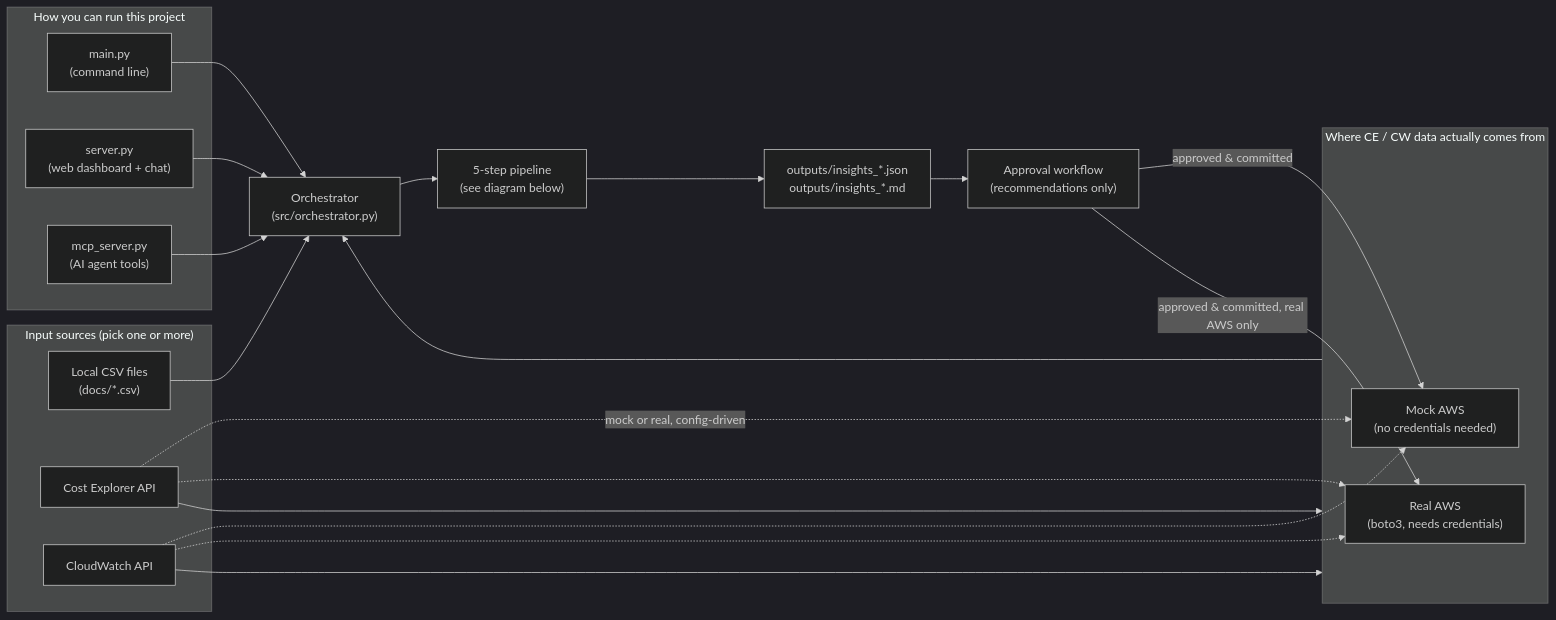
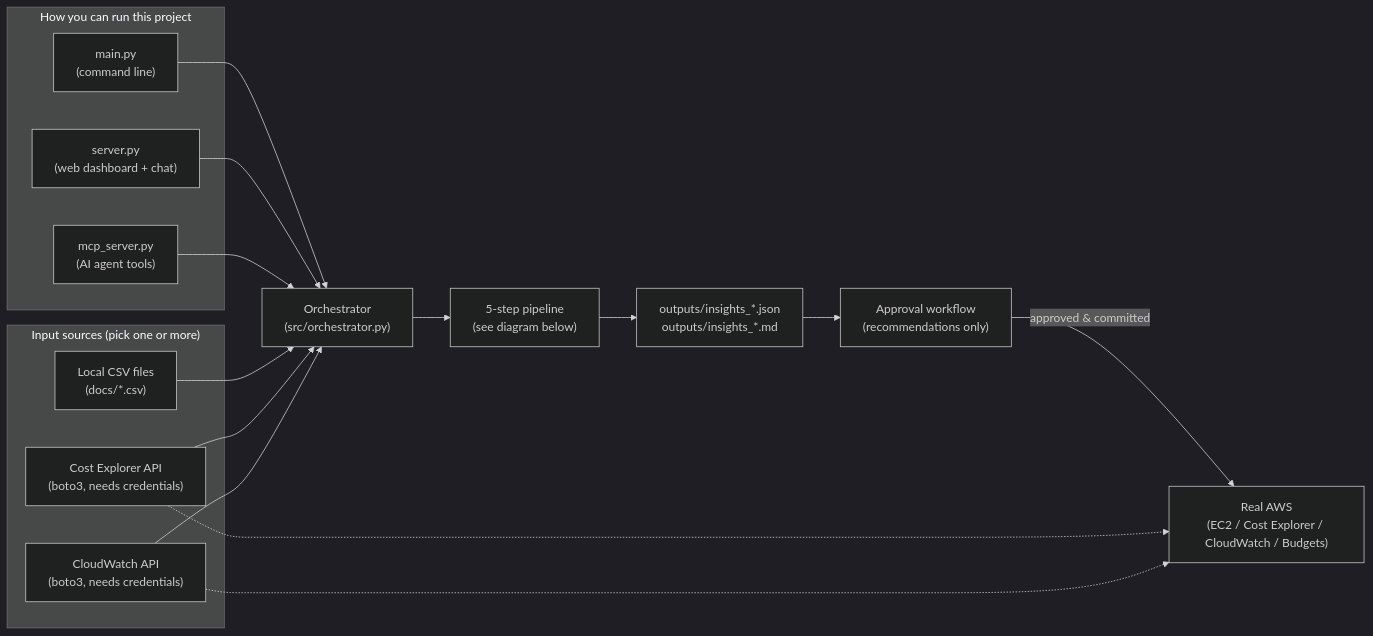
The first of 3 diagrams in README.md (kuldeepjeengar123/cloud-cost-optimization), drawn with Mermaid (dark theme) before and after one commit. The commit also changed other lines of this file and 30 other files, not shown here.

Commit message:
changes and added aws api for instance

````diff
--- a/README.md
+++ b/README.md
@@ -83,40 +81,33 @@
 ```mermaid
 flowchart LR
     subgraph EntryPoints["How you can run this project"]
         CLI["main.py\n(command line)"]
         WEB["server.py\n(web dashboard + chat)"]
         MCP["mcp_server.py\n(AI agent tools)"]
     end
 
     subgraph Sources["Input sources (pick one or more)"]
         CSV["Local CSV files\n(docs/*.csv)"]
-        CE["Cost Explorer API"]
-        CW["CloudWatch API"]
+        CE["Cost Explorer API\n(boto3, needs credentials)"]
+        CW["CloudWatch API\n(boto3, needs credentials)"]
     end
 
-    subgraph Backends["Where CE / CW data actually comes from"]
-        MOCKAWS["Mock AWS\n(no credentials needed)"]
-        REALAWS["Real AWS\n(boto3, needs credentials)"]
-    end
+    REALAWS["Real AWS\n(EC2 / Cost Explorer / CloudWatch / Budgets)"]
 
     CLI --> ORCH
     WEB --> ORCH
     MCP --> ORCH
 
     CSV --> ORCH
-    CE --> Backends
-    CW --> Backends
-    Backends --> ORCH
+    CE --> ORCH
+    CW --> ORCH
 
     ORCH["Orchestrator\n(src/orchestrator.py)"] --> PIPE["5-step pipeline\n(see diagram below)"]
     PIPE --> OUT["outputs/insights_*.json\noutputs/insights_*.md"]
 
     OUT --> APPROVAL["Approval workflow\n(recommendations only)"]
-    APPROVAL -->|approved & committed| MOCKAWS
-    APPROVAL -->|approved & committed, real AWS only| REALAWS
+    APPROVAL -->|approved & committed| REALAWS
 
-    CE -.mock or real, config-driven.-> MOCKAWS
     CE -.-> REALAWS
-    CW -.-> MOCKAWS
     CW -.-> REALAWS
 ```
````
